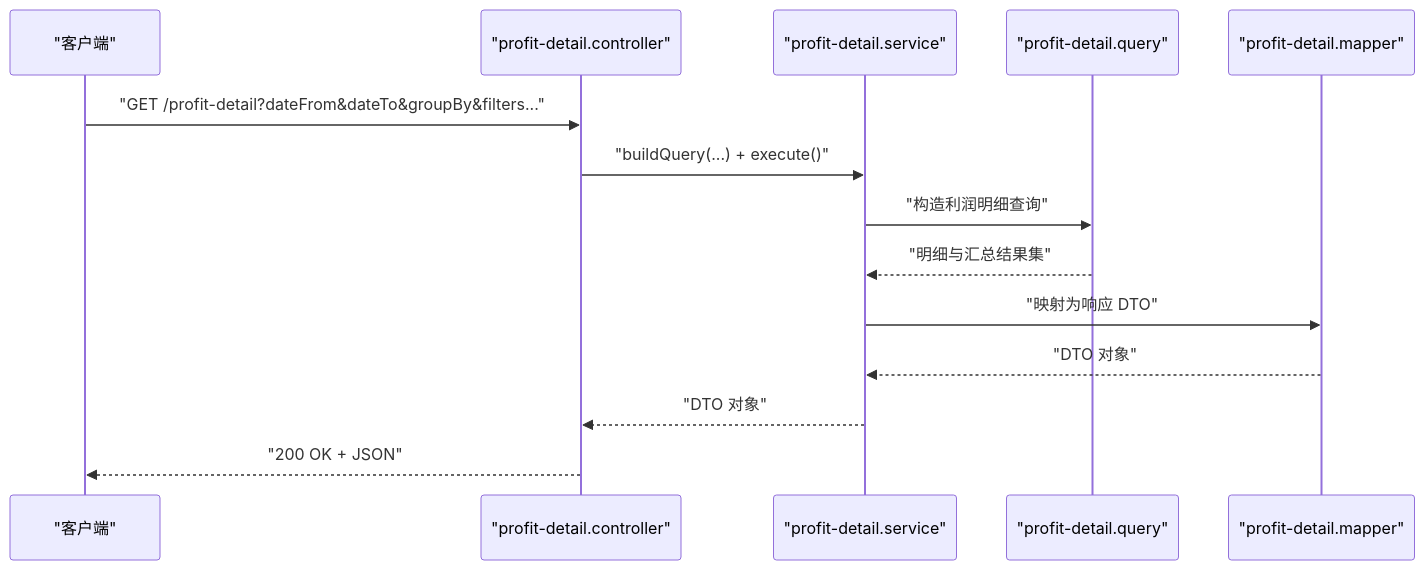
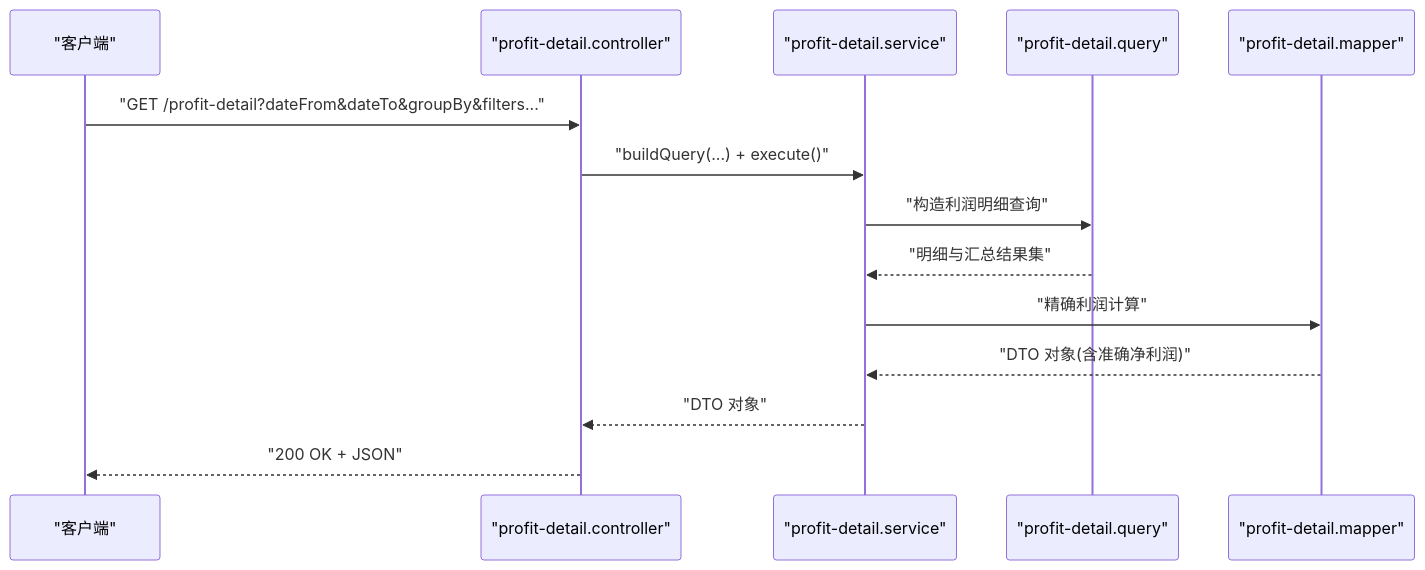
One commit to rc558620/purelyprofit-server changed the fifth of 7 diagrams in .qoder/repowiki/zh/content/API 接口文档/仪表板分析接口.md. Above: the diagram before and after it, drawn with Mermaid. The commit also changed other lines of this file and 68 other files, not shown here.

````diff
--- a/.qoder/repowiki/zh/content/API 接口文档/仪表板分析接口.md
+++ b/.qoder/repowiki/zh/content/API 接口文档/仪表板分析接口.md
@@ -266,16 +284,16 @@
 ```mermaid
 sequenceDiagram
 participant Client as "客户端"
 participant Ctrl as "profit-detail.controller"
 participant Svc as "profit-detail.service"
 participant Q as "profit-detail.query"
 participant Mapper as "profit-detail.mapper"
 Client->>Ctrl : "GET /profit-detail?dateFrom&dateTo&groupBy&filters..."
 Ctrl->>Svc : "buildQuery(...) + execute()"
 Svc->>Q : "构造利润明细查询"
 Q-->>Svc : "明细与汇总结果集"
-Svc->>Mapper : "映射为响应 DTO"
-Mapper-->>Svc : "DTO 对象"
+Svc->>Mapper : "精确利润计算"
+Mapper-->>Svc : "DTO 对象(含准确净利润)"
 Svc-->>Ctrl : "DTO 对象"
 Ctrl-->>Client : "200 OK + JSON"
 ```
````
